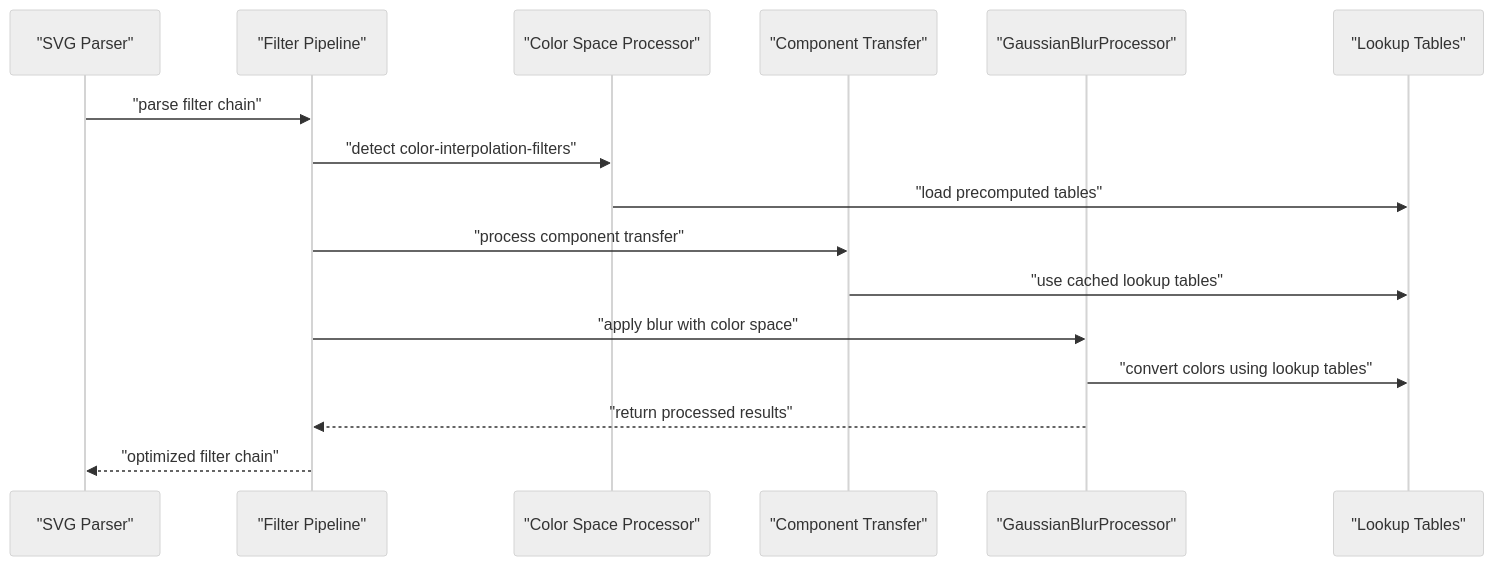
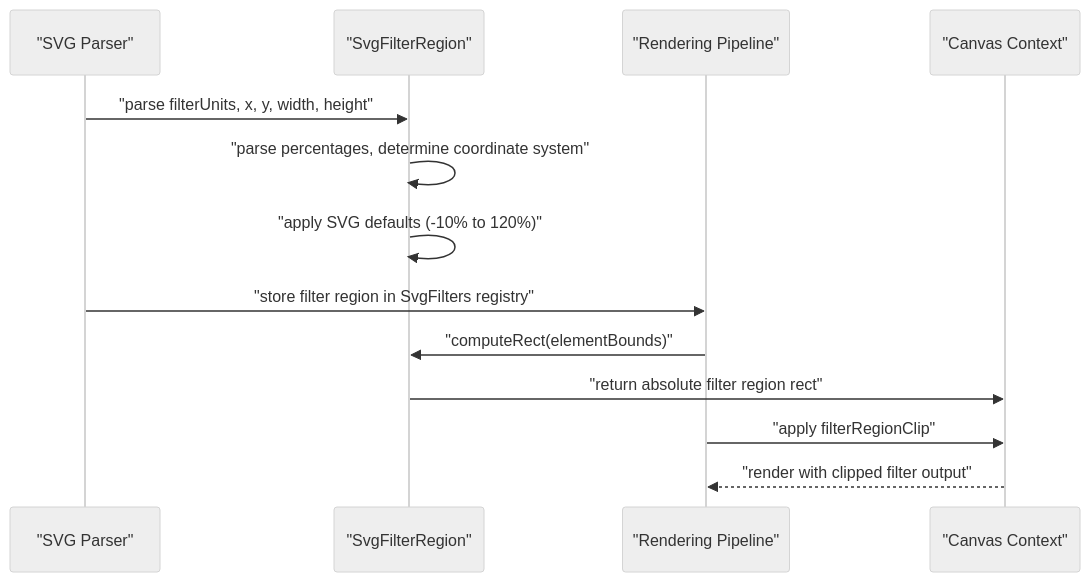
The second of 2 diagrams in .qoder/repowiki/en/content/Animated SVG Support/Advanced Animation Features/SVG Filters and Effects/SVG Filters and Effects.md (denisnadey/flutter_full_svg_support), drawn with Mermaid (neutral theme) before and after one commit. The commit also changed other lines of this file and 629 other files, not shown here.

````diff
--- a/.qoder/repowiki/en/content/Animated SVG Support/Advanced Animation Features/SVG Filters and Effects/SVG Filters and Effects.md
+++ b/.qoder/repowiki/en/content/Animated SVG Support/Advanced Animation Features/SVG Filters and Effects/SVG Filters and Effects.md
@@ -162,18 +148,15 @@
 ```mermaid
 sequenceDiagram
 participant Parser as "SVG Parser"
-participant Pipeline as "Filter Pipeline"
-participant ColorSpace as "Color Space Processor"
-participant ComponentTransfer as "Component Transfer"
-participant BlurProcessor as "GaussianBlurProcessor"
-participant LookupTables as "Lookup Tables"
-Parser->>Pipeline : "parse filter chain"
-Pipeline->>ColorSpace : "detect color-interpolation-filters"
-ColorSpace->>LookupTables : "load precomputed tables"
-Pipeline->>ComponentTransfer : "process component transfer"
-ComponentTransfer->>LookupTables : "use cached lookup tables"
-Pipeline->>BlurProcessor : "apply blur with color space"
-BlurProcessor->>LookupTables : "convert colors using lookup tables"
-BlurProcessor-->>Pipeline : "return processed results"
-Pipeline-->>Parser : "optimized filter chain"
+participant FilterRegion as "SvgFilterRegion"
+participant Pipeline as "Rendering Pipeline"
+participant Canvas as "Canvas Context"
+Parser->>FilterRegion : "parse filterUnits, x, y, width, height"
+FilterRegion->>FilterRegion : "parse percentages, determine coordinate system"
+FilterRegion->>FilterRegion : "apply SVG defaults (-10% to 120%)"
+Parser->>Pipeline : "store filter region in SvgFilters registry"
+Pipeline->>FilterRegion : "computeRect(elementBounds)"
+FilterRegion->>Canvas : "return absolute filter region rect"
+Pipeline->>Canvas : "apply filterRegionClip"
+Canvas-->>Pipeline : "render with clipped filter output"
 ```
````
